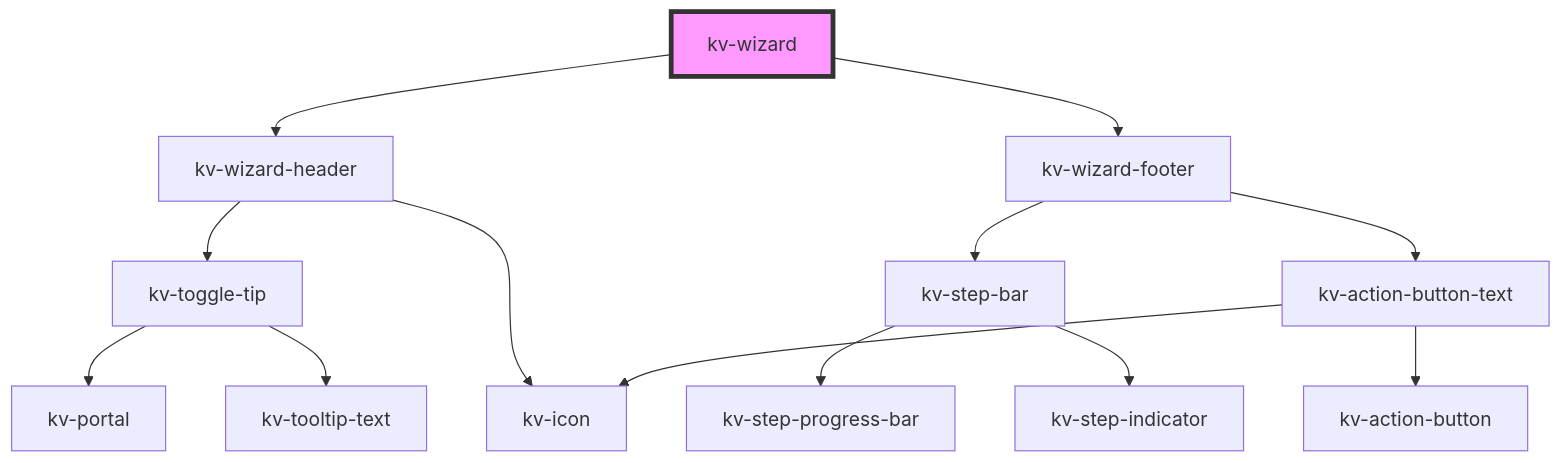
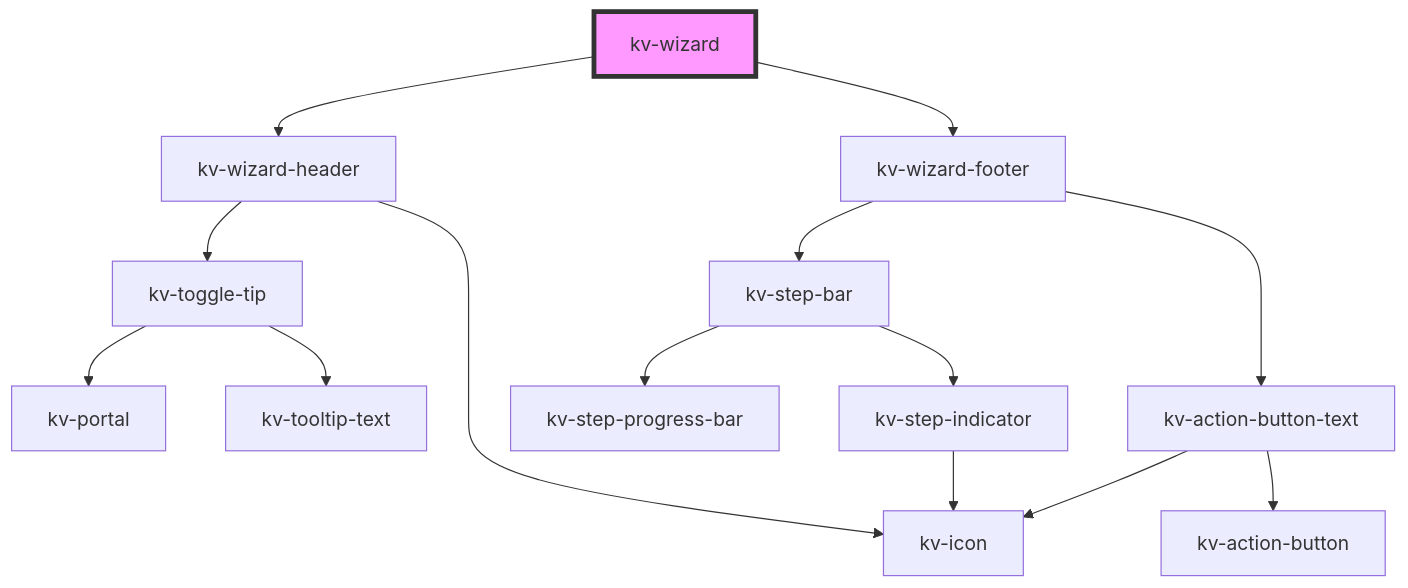
One commit to kelvininc/ui-components changed the diagram in packages/ui-components/src/components/wizard/readme.md. Above: the diagram before and after it, drawn with Mermaid. The commit also changed 13 other files, not shown here.

````diff
--- a/packages/ui-components/src/components/wizard/readme.md
+++ b/packages/ui-components/src/components/wizard/readme.md
@@ -105,16 +105,17 @@
 ```mermaid
 graph TD;
   kv-wizard --> kv-wizard-header
   kv-wizard --> kv-wizard-footer
   kv-wizard-header --> kv-toggle-tip
   kv-wizard-header --> kv-icon
   kv-toggle-tip --> kv-portal
   kv-toggle-tip --> kv-tooltip-text
   kv-wizard-footer --> kv-step-bar
   kv-wizard-footer --> kv-action-button-text
   kv-step-bar --> kv-step-progress-bar
   kv-step-bar --> kv-step-indicator
+  kv-step-indicator --> kv-icon
   kv-action-button-text --> kv-action-button
   kv-action-button-text --> kv-icon
   style kv-wizard fill:#f9f,stroke:#333,stroke-width:4px
 ```
````
